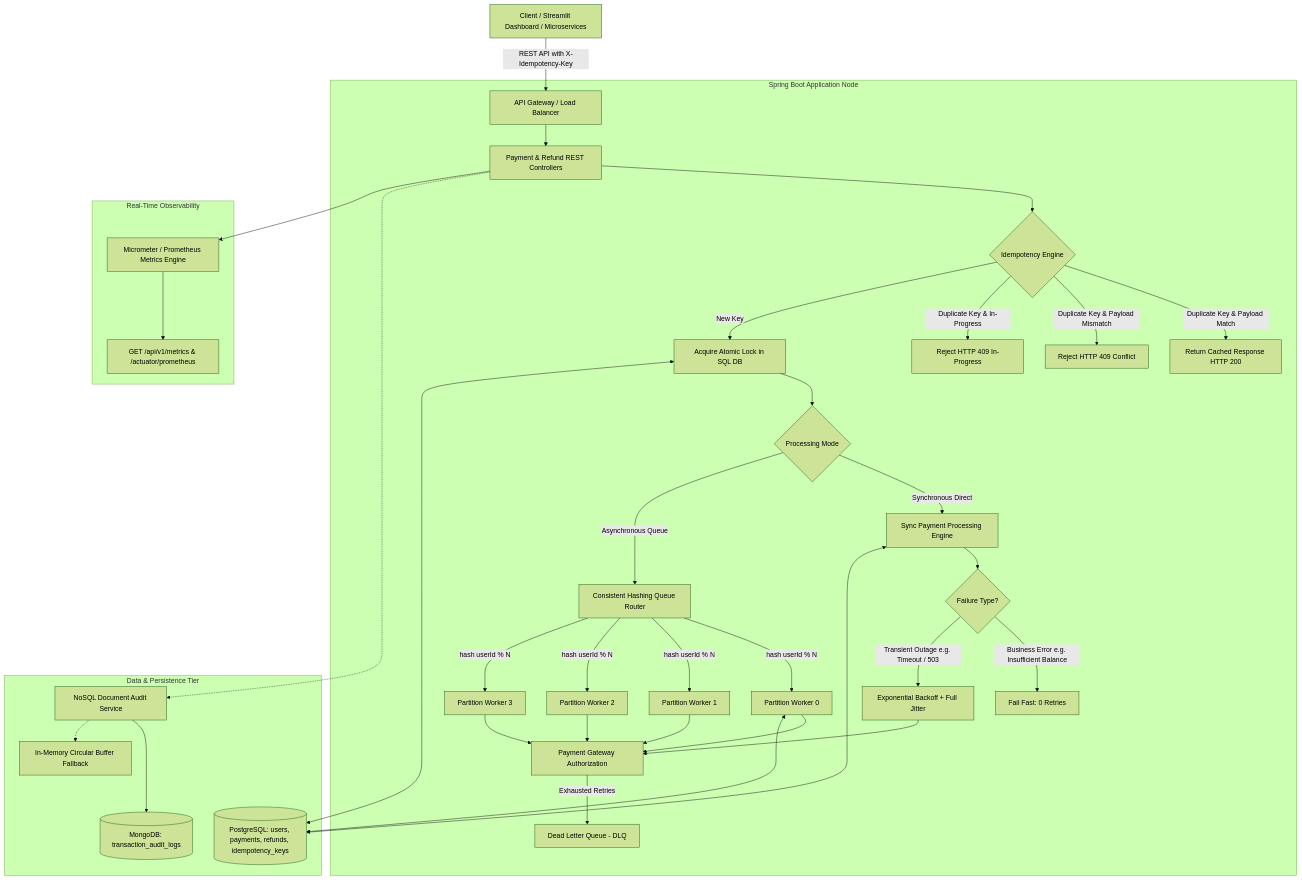
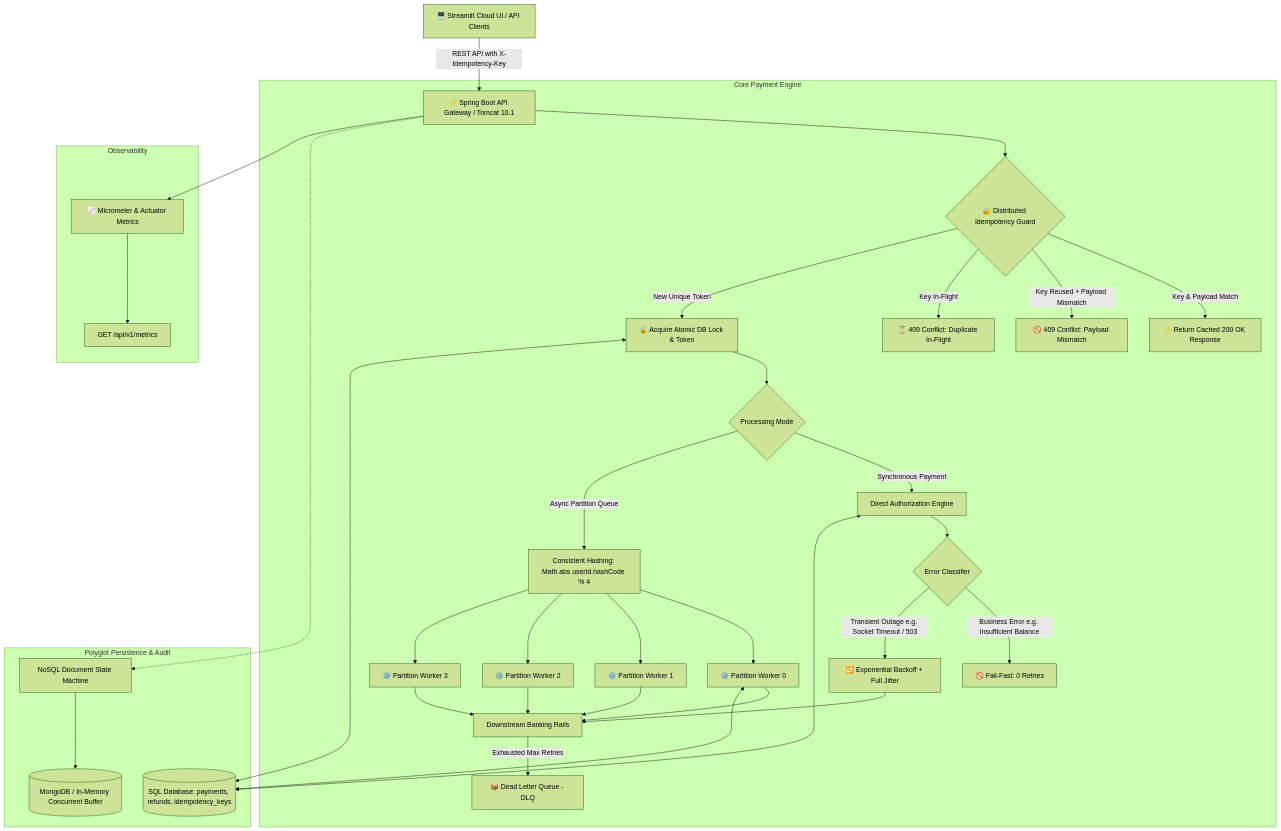
Before and after one commit to Dhanya562004/distributed-fault-tolerant-payment-system: the diagram in README.md, drawn with Mermaid (forest theme). The commit also changed other lines of this file, not shown here.

Commit message:
docs: upgrade README with attractive badges, live deployment showcase, and architecture specs

````diff
--- a/README.md
+++ b/README.md
@@ -177,51 +40,49 @@
 ```mermaid
 flowchart TD
-    Client[Client / Streamlit Dashboard / Microservices] -->|REST API with X-Idempotency-Key| LoadBalancer[API Gateway / Load Balancer]
+    Client[🖥️ Streamlit Cloud UI / API Clients] -->|REST API with X-Idempotency-Key| Gateway[⚡ Spring Boot API Gateway / Tomcat 10.1]
     
-    subgraph Spring Boot Application Node
-        LoadBalancer --> Controllers[Payment & Refund REST Controllers]
-        Controllers --> IdempotencyGuard{Idempotency Engine}
+    subgraph Core Payment Engine
+        Gateway --> IdempotencyGuard{🔐 Distributed Idempotency Guard}
         
-        IdempotencyGuard -->|Duplicate Key & Payload Match| ReturnCached[Return Cached Response HTTP 200]
-        IdempotencyGuard -->|Duplicate Key & Payload Mismatch| ReturnConflict[Reject HTTP 409 Conflict]
-        IdempotencyGuard -->|Duplicate Key & In-Progress| ReturnInProgress[Reject HTTP 409 In-Progress]
-        IdempotencyGuard -->|New Key| LockKey[Acquire Atomic Lock in SQL DB]
+        IdempotencyGuard -->|Key & Payload Match| CachedHit[⚡ Return Cached 200 OK Response]
+        IdempotencyGuard -->|Key Reused + Payload Mismatch| ConflictReject[🚫 409 Conflict: Payload Mismatch]
+        IdempotencyGuard -->|Key In-Flight| LockReject[⏳ 409 Conflict: Duplicate In-Flight]
+        IdempotencyGuard -->|New Unique Token| AcquireAtomicLock[🔒 Acquire Atomic DB Lock & Token]
         
-        LockKey --> RouteDecision{Processing Mode}
+        AcquireAtomicLock --> RouteDecision{Processing Mode}
         
-        RouteDecision -->|Synchronous Direct| SyncEngine[Sync Payment Processing Engine]
-        RouteDecision -->|Asynchronous Queue| PartitionRing[Consistent Hashing Queue Router]
+        RouteDecision -->|Synchronous Payment| SyncWorker[Direct Authorization Engine]
+        RouteDecision -->|Async Partition Queue| PartitionRouter[Consistent Hashing: Math.abs userId.hashCode % 4]
         
-        SyncEngine --> ErrorClassifier{Failure Type?}
-        ErrorClassifier -->|Business Error e.g. Insufficient Balance| FailFast[Fail Fast: 0 Retries]
-        ErrorClassifier -->|Transient Outage e.g. Timeout / 503| RetryLoop[Exponential Backoff + Full Jitter]
-        RetryLoop --> GatewaySimulator[Payment Gateway Authorization]
+        SyncWorker --> ErrorClassification{Error Classifier}
+        ErrorClassification -->|Business Error e.g. Insufficient Balance| FailFast[🚫 Fail-Fast: 0 Retries]
+        ErrorClassification -->|Transient Outage e.g. Socket Timeout / 503| ExponentialRetry[🔁 Exponential Backoff + Full Jitter]
         
-        PartitionRing -->|hash userId % N| Worker0[Partition Worker 0]
-        PartitionRing -->|hash userId % N| Worker1[Partition Worker 1]
-        PartitionRing -->|hash userId % N| Worker2[Partition Worker 2]
-        PartitionRing -->|hash userId % N| Worker3[Partition Worker 3]
+        PartitionRouter --> W0[⚙️ Partition Worker 0]
+        PartitionRouter --> W1[⚙️ Partition Worker 1]
+        PartitionRouter --> W2[⚙️ Partition Worker 2]
+        PartitionRouter --> W3[⚙️ Partition Worker 3]
         
-        Worker0 --> GatewaySimulator
-        Worker1 --> GatewaySimulator
-        Worker2 --> GatewaySimulator
-        Worker3 --> GatewaySimulator
+        W0 --> GatewaySimulator[Downstream Banking Rails]
+        W1 --> GatewaySimulator
+        W2 --> GatewaySimulator
+        W3 --> GatewaySimulator
         
-        GatewaySimulator -->|Exhausted Retries| DLQ[Dead Letter Queue - DLQ]
+        ExponentialRetry --> GatewaySimulator
+        GatewaySimulator -->|Exhausted Max Retries| DLQ[📦 Dead Letter Queue - DLQ]
     end
 
-    subgraph Data & Persistence Tier
-        LockKey <---> PostgreSQL[(PostgreSQL: users, payments, refunds, idempotency_keys)]
-        SyncEngine <---> PostgreSQL
-        Worker0 <---> PostgreSQL
+    subgraph Polyglot Persistence & Audit
+        AcquireAtomicLock <---> RelationalDB[(SQL Database: payments, refunds, idempotency_keys)]
+        SyncWorker <---> RelationalDB
+        W0 <---> RelationalDB
         
-        Controllers -.-> AuditService[NoSQL Document Audit Service]
-        AuditService ---> MongoDB[(MongoDB: transaction_audit_logs)]
-        AuditService -.-> FallbackQueue[In-Memory Circular Buffer Fallback]
+        Gateway -.-> AuditLogService[NoSQL Document State Machine]
+        AuditLogService ---> MongoStore[(MongoDB / In-Memory Concurrent Buffer)]
     end
 
-    subgraph Real-Time Observability
-        Controllers --> MetricsTracker[Micrometer / Prometheus Metrics Engine]
-        MetricsTracker --> MetricsEndpoint[GET /api/v1/metrics & /actuator/prometheus]
+    subgraph Observability
+        Gateway --> MicrometerEngine[📈 Micrometer & Actuator Metrics]
+        MicrometerEngine --> PrometheusEndpoint[GET /api/v1/metrics]
     end
 ```
````
